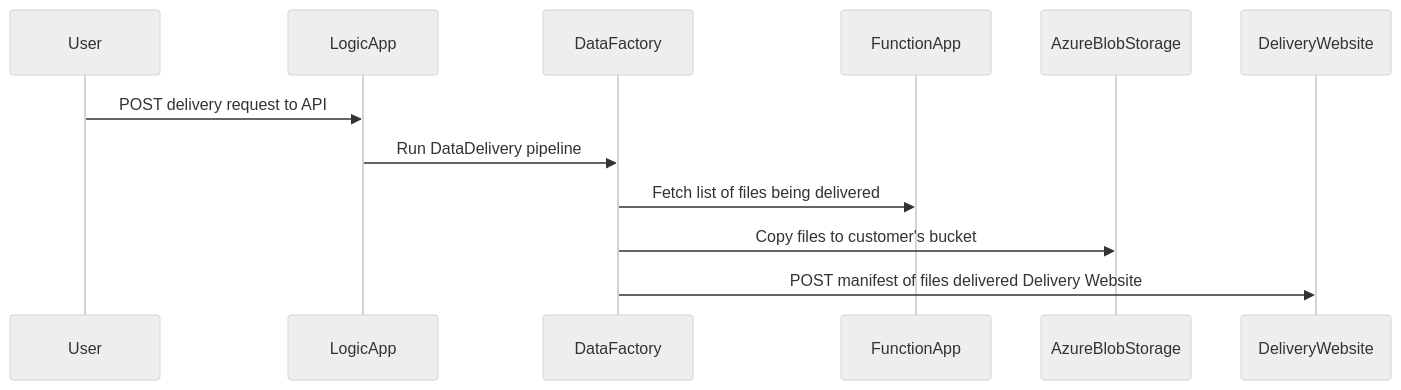
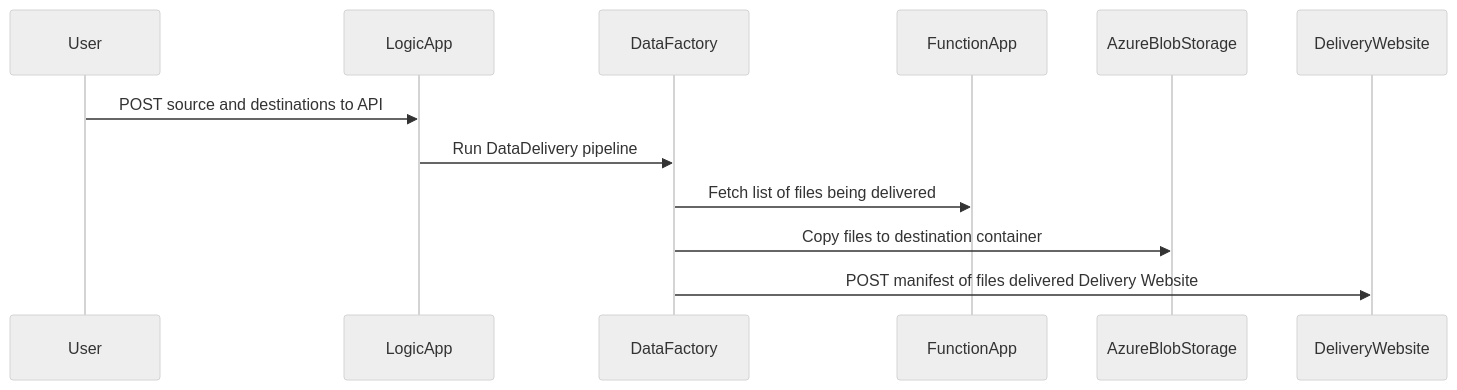
One commit to softcraftsman/DukeDataDeliveryPipeline changed the diagram in README.md. Above: the diagram before and after it, drawn with Mermaid (neutral theme). The commit also changed other lines of this file, not shown here.

````diff
--- a/README.md
+++ b/README.md
@@ -4,15 +4,15 @@
 ```mermaid
 sequenceDiagram
     participant User
     participant LogicApp
     participant DataFactory
     participant FunctionApp    
     participant AzureBlobStorage   
     participant DeliveryWebsite
     
-    User->>LogicApp: POST delivery request to API
+    User->>LogicApp: POST source and destinations to API
     LogicApp->>DataFactory: Run DataDelivery pipeline
     DataFactory->>FunctionApp: Fetch list of files being delivered
-    DataFactory->>AzureBlobStorage: Copy files to customer's bucket 
+    DataFactory->>AzureBlobStorage: Copy files to destination container
     DataFactory->>DeliveryWebsite: POST manifest of files delivered Delivery Website
 ```
````
